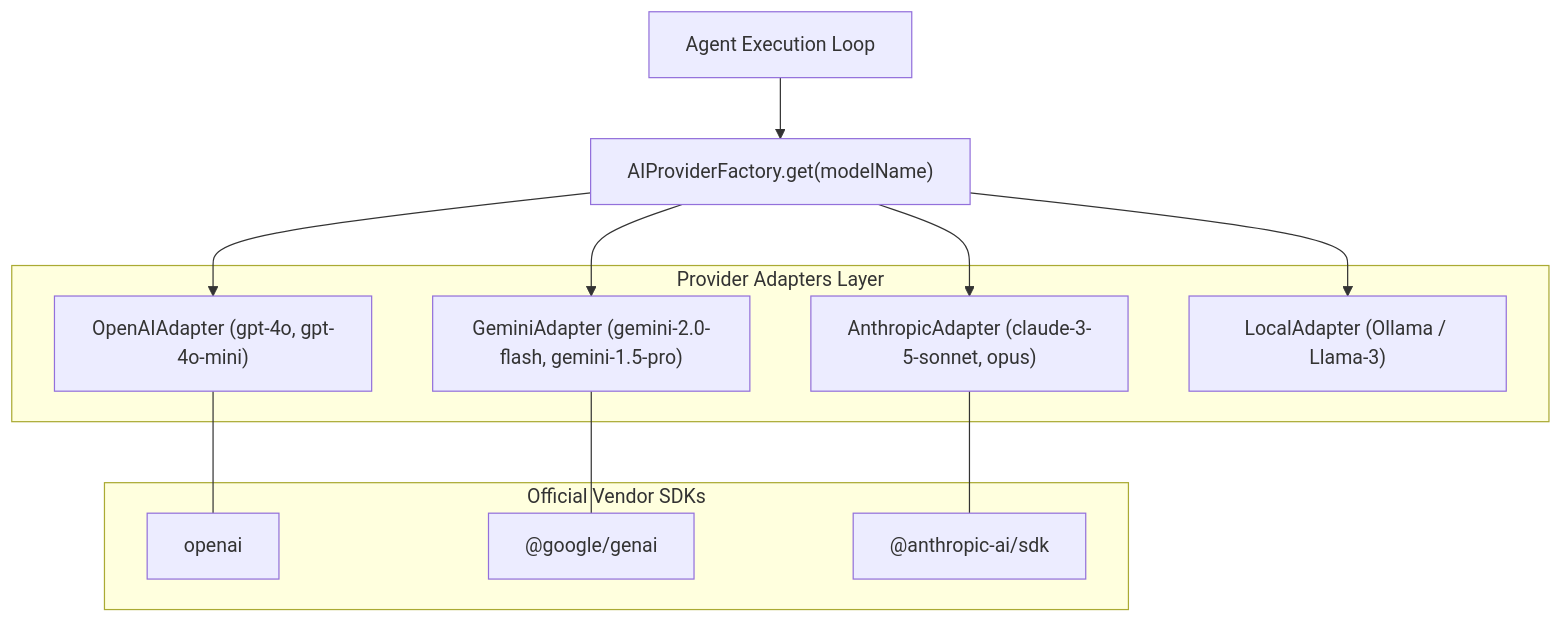
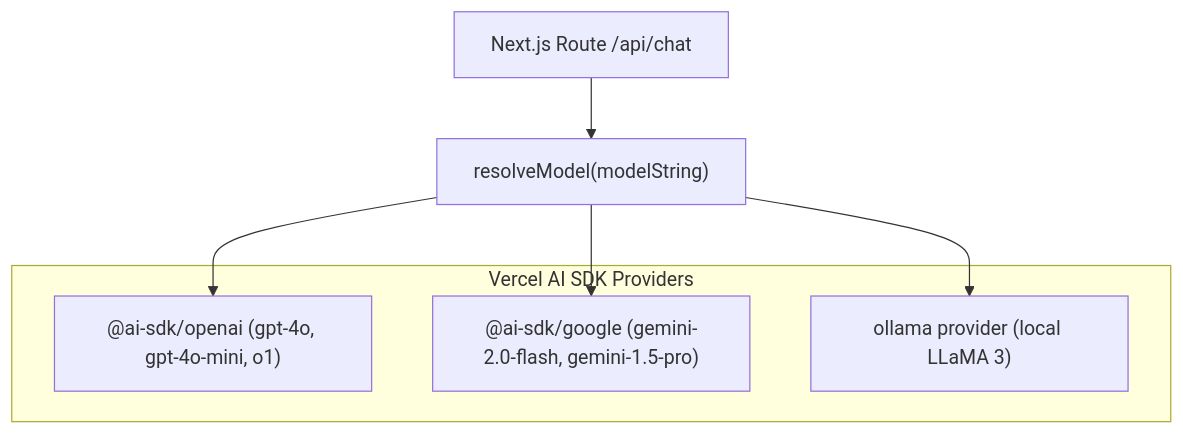
Before and after one commit to manish-3d/meow: the first of 2 diagrams in docs/03_agent_runtime_and_reasoning_engine.md, drawn with Mermaid. The commit also changed other lines of this file, not shown here.

Commit message:
docs(runtime): update agent runtime and reasoning engine specification

````diff
--- a/docs/03_agent_runtime_and_reasoning_engine.md
+++ b/docs/03_agent_runtime_and_reasoning_engine.md
@@ -11,28 +11,16 @@
 ```mermaid
 flowchart TD
-    AGENT_RUNNER["Agent Execution Loop"]
-    ADAPTER_FACTORY["AIProviderFactory.get(modelName)"]
+    AGENT_RUNNER["Next.js Route /api/chat"]
+    MODEL_RESOLVER["resolveModel(modelString)"]
 
-    subgraph Adapters["Provider Adapters Layer"]
-        OAI["OpenAIAdapter (gpt-4o, gpt-4o-mini)"]
-        GEMINI["GeminiAdapter (gemini-2.0-flash, gemini-1.5-pro)"]
-        CLAUDE["AnthropicAdapter (claude-3-5-sonnet, opus)"]
-        OLLAMA["LocalAdapter (Ollama / Llama-3)"]
+    subgraph Providers["Vercel AI SDK Providers"]
+        OAI["@ai-sdk/openai (gpt-4o, gpt-4o-mini, o1)"]
+        GEMINI["@ai-sdk/google (gemini-2.0-flash, gemini-1.5-pro)"]
+        OLLAMA["ollama provider (local LLaMA 3)"]
     end
 
-    subgraph SDKs["Official Vendor SDKs"]
-        SDK_OAI["openai"]
-        SDK_GEMINI["@google/genai"]
-        SDK_CLAUDE["@anthropic-ai/sdk"]
-    end
-
-    AGENT_RUNNER --> ADAPTER_FACTORY
-    ADAPTER_FACTORY --> OAI
-    ADAPTER_FACTORY --> GEMINI
-    ADAPTER_FACTORY --> CLAUDE
-    ADAPTER_FACTORY --> OLLAMA
-
-    OAI --- SDK_OAI
-    GEMINI --- SDK_GEMINI
-    CLAUDE --- SDK_CLAUDE
+    AGENT_RUNNER --> MODEL_RESOLVER
+    MODEL_RESOLVER --> OAI
+    MODEL_RESOLVER --> GEMINI
+    MODEL_RESOLVER --> OLLAMA
 ```
````
